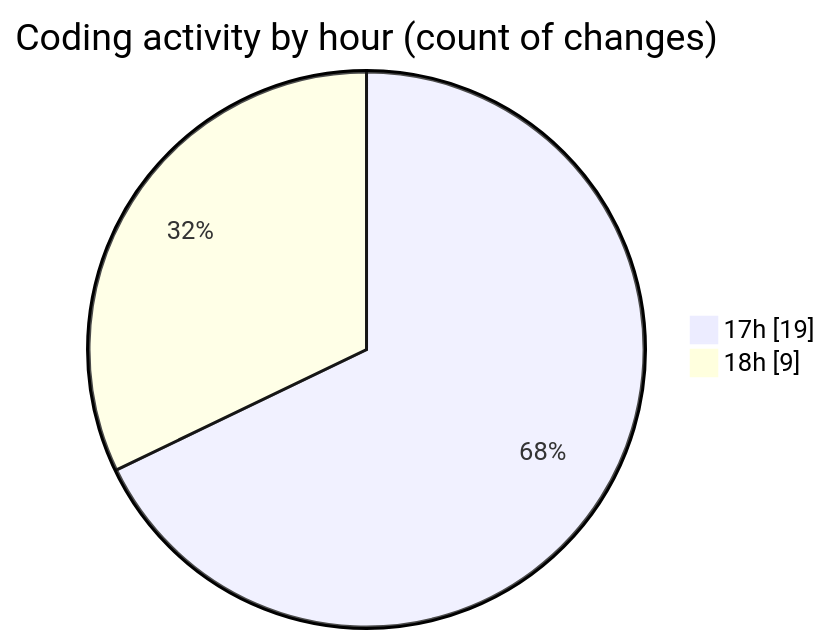
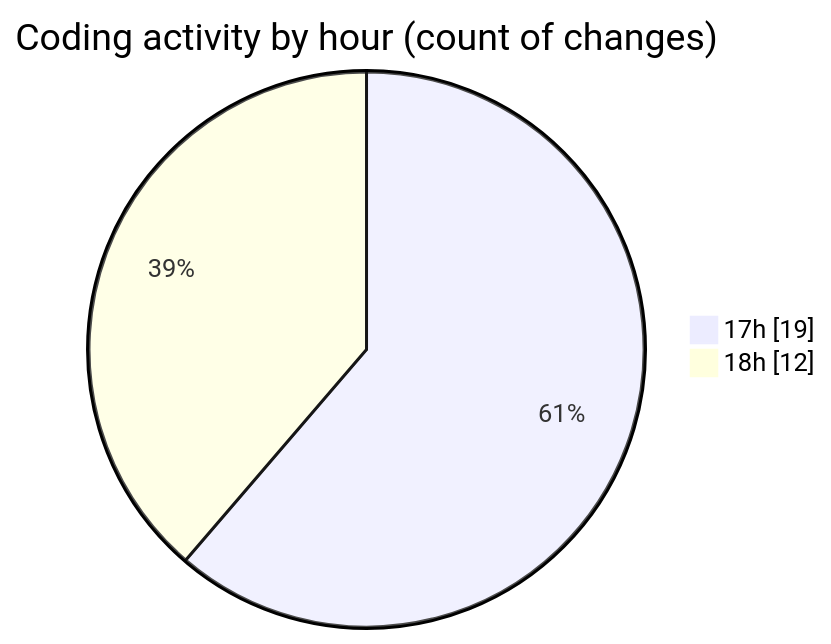
Before and after one commit to Ritupan-Deka/code-tracking: the second of 2 diagrams in 2025-06-03/realtimechat/README.md, drawn with Mermaid. The commit also changed other lines of this file and 1 other file, not shown here.

````diff
--- a/2025-06-03/realtimechat/README.md
+++ b/2025-06-03/realtimechat/README.md
@@ -37,6 +37,6 @@
 ```mermaid
 pie showData
 title Coding activity by hour (count of changes)
 "17h" : 19
-"18h" : 9
+"18h" : 12
 ```
````
